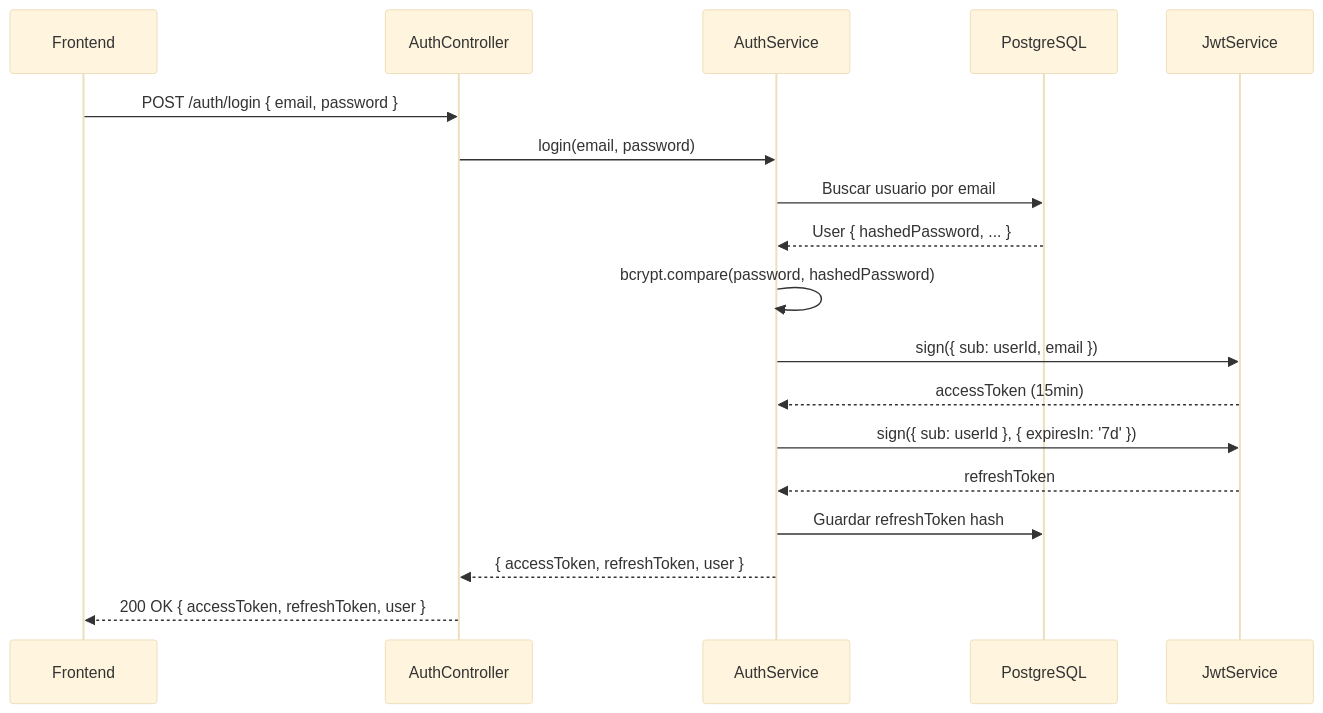
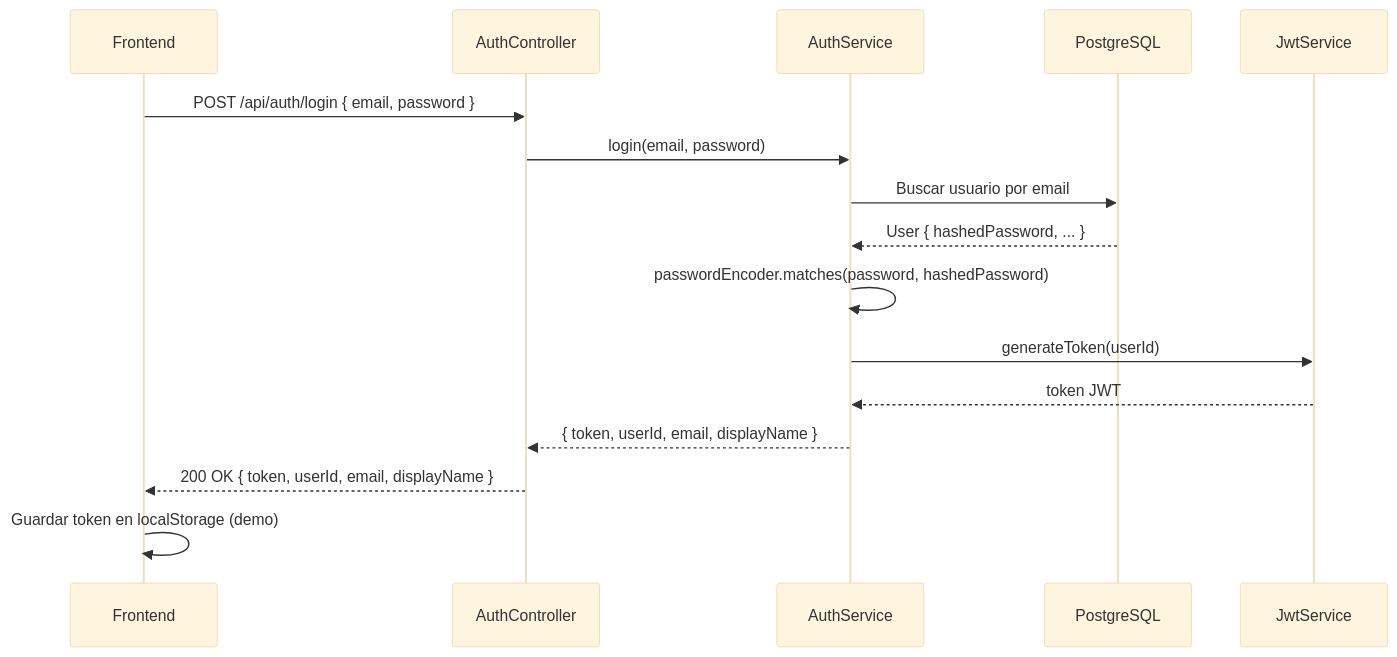
The fifth of 6 diagrams in docs/ARQUITECTURA.md (JhoneM/asistente), drawn with Mermaid (base theme) before and after one commit. The commit also changed other lines of this file and 28 other files, not shown here.

````diff
--- a/docs/ARQUITECTURA.md
+++ b/docs/ARQUITECTURA.md
@@ -242,21 +246,19 @@
 ```mermaid
 sequenceDiagram
     participant FE as Frontend
     participant AC as AuthController
     participant AS as AuthService
     participant DB as PostgreSQL
     participant JWT as JwtService
 
-    FE->>AC: POST /auth/login { email, password }
+    FE->>AC: POST /api/auth/login { email, password }
     AC->>AS: login(email, password)
     AS->>DB: Buscar usuario por email
     DB-->>AS: User { hashedPassword, ... }
-    AS->>AS: bcrypt.compare(password, hashedPassword)
-    AS->>JWT: sign({ sub: userId, email })
-    JWT-->>AS: accessToken (15min)
-    AS->>JWT: sign({ sub: userId }, { expiresIn: '7d' })
-    JWT-->>AS: refreshToken
-    AS->>DB: Guardar refreshToken hash
-    AS-->>AC: { accessToken, refreshToken, user }
-    AC-->>FE: 200 OK { accessToken, refreshToken, user }
+    AS->>AS: passwordEncoder.matches(password, hashedPassword)
+    AS->>JWT: generateToken(userId)
+    JWT-->>AS: token JWT
+    AS-->>AC: { token, userId, email, displayName }
+    AC-->>FE: 200 OK { token, userId, email, displayName }
+    FE->>FE: Guardar token en localStorage (demo)
 ```
````
